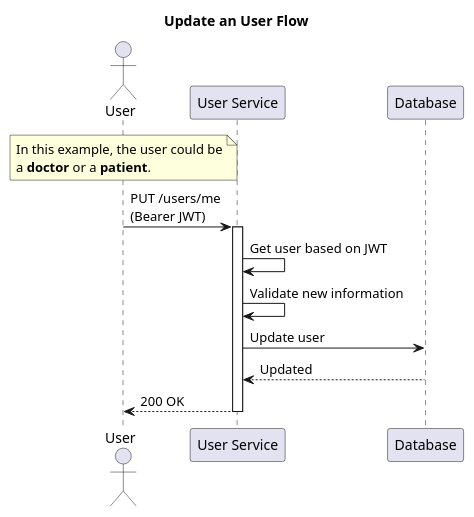
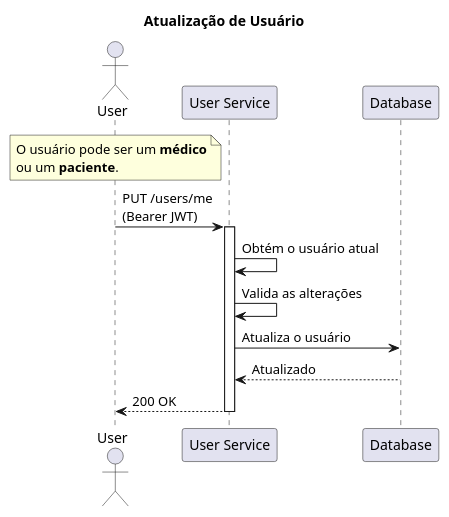
The diagram in docs/update_user.puml (jfelipearaujo-healthmed/user-service), drawn with PlantUML before and after one commit. The commit also changed 12 other files, not shown here.

```diff
--- a/docs/update_user.puml
+++ b/docs/update_user.puml
@@ -1,23 +1,23 @@
 @startuml update_user
 
-title Update an User Flow
+title Atualização de Usuário
 
 actor "User" as user
 participant "User Service" as user_service
 participant "Database" as database
 
 note over user
-In this example, the user could be
-a **doctor** or a **patient**.
+O usuário pode ser um **médico**
+ou um **paciente**.
 end note
 
 user -> user_service: PUT /users/me\n(Bearer JWT)
 activate user_service
-user_service -> user_service: Get user based on JWT
-user_service -> user_service: Validate new information
-user_service -> database: Update user
-database --> user_service: Updated
+user_service -> user_service: Obtém o usuário atual
+user_service -> user_service: Valida as alterações
+user_service -> database: Atualiza o usuário
+database --> user_service: Atualizado
 user_service --> user: 200 OK
 deactivate user_service
 
 @enduml
```
